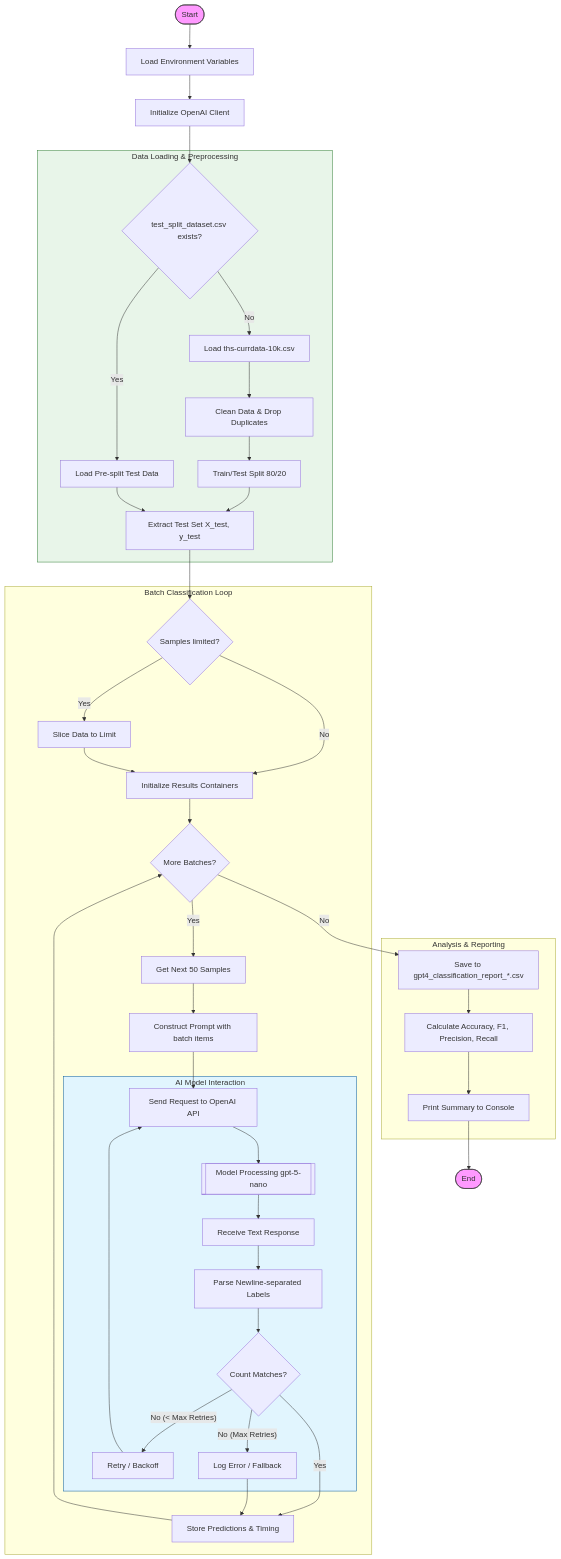
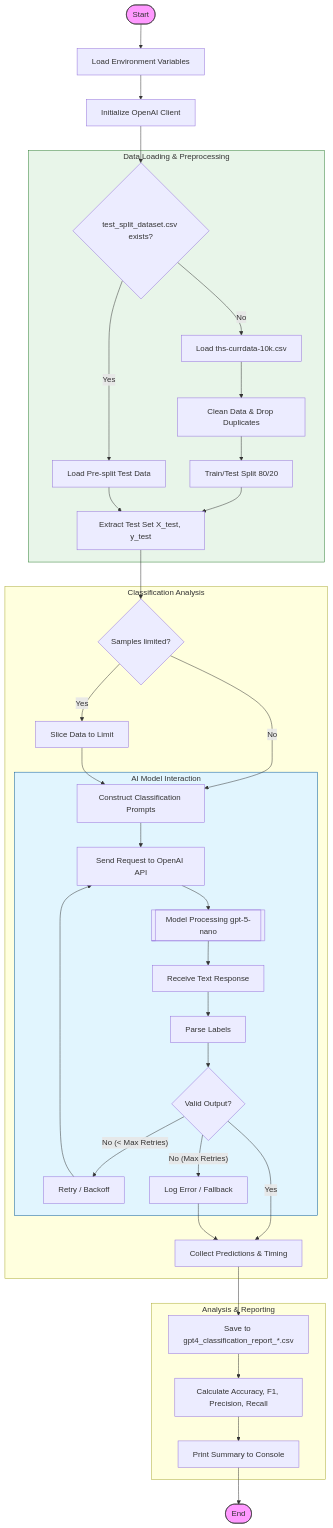
Before and after one commit to woshkrylle/NFCDataAPI: the diagram in AI_Pipeline_Flowchart.md, drawn with Mermaid.

````diff
--- a/AI_Pipeline_Flowchart.md
+++ b/AI_Pipeline_Flowchart.md
@@ -16,25 +16,22 @@
         GetTestSet[Extract Test Set X_test, y_test]
     end
 
-    subgraph BatchProcessing [Batch Classification Loop]
+    subgraph Analysis [Classification Analysis]
         CheckSampleLimit{Samples limited?}
         ApplyLimit[Slice Data to Limit]
-        Initresults[Initialize Results Containers]
-        LoopStart{More Batches?}
-        GetBatch[Get Next 50 Samples]
-        ConstructPrompt[Construct Prompt with batch items]
         
-        subgraph AI_Interaction [AI Model Interaction]
+        subgraph Interaction [AI Model Interaction]
+            ConstructPrompt[Construct Classification Prompts]
             SendReq[Send Request to OpenAI API]
             ModelProcess[[Model Processing gpt-5-nano]]
             ReceiveResp[Receive Text Response]
-            ParseResp[Parse Newline-separated Labels]
-            Validate{Count Matches?}
+            ParseResp[Parse Labels]
+            Validate{Valid Output?}
             Retry[Retry / Backoff]
             LogError[Log Error / Fallback]
         end
         
-        SaveBatchResults[Store Predictions & Timing]
+        CollectResults[Collect Predictions & Timing]
     end
 
     subgraph Reporting [Analysis & Reporting]
@@ -59,14 +56,10 @@
     
     GetTestSet --> CheckSampleLimit
     CheckSampleLimit -- Yes --> ApplyLimit
-    CheckSampleLimit -- No --> Initresults
-    ApplyLimit --> Initresults
+    CheckSampleLimit -- No --> ConstructPrompt
+    ApplyLimit --> ConstructPrompt
     
-    Initresults --> LoopStart
-    LoopStart -- Yes --> GetBatch
-    GetBatch --> ConstructPrompt
     ConstructPrompt --> SendReq
-    
     SendReq --> ModelProcess
     ModelProcess --> ReceiveResp
     ReceiveResp --> ParseResp
@@ -75,11 +68,11 @@
     Validate -- No (< Max Retries) --> Retry
     Retry --> SendReq
     Validate -- No (Max Retries) --> LogError
-    Validate -- Yes --> SaveBatchResults
-    LogError --> SaveBatchResults
+    Validate -- Yes --> CollectResults
+    LogError --> CollectResults
     
-    SaveBatchResults --> LoopStart
-    LoopStart -- No --> SaveCSV
+    CollectResults --> SaveCSV
+    
     SaveCSV --> CalulateMetrics
     CalulateMetrics --> PrintConsole
     PrintConsole --> End
@@ -87,6 +80,6 @@
     %% Styles
     style Start fill:#f9f,stroke:#333
     style End fill:#f9f,stroke:#333
-    style AI_Interaction fill:#e1f5fe,stroke:#01579b
+    style Interaction fill:#e1f5fe,stroke:#01579b
     style DataLoading fill:#e8f5e9,stroke:#2e7d32
 ```
````
